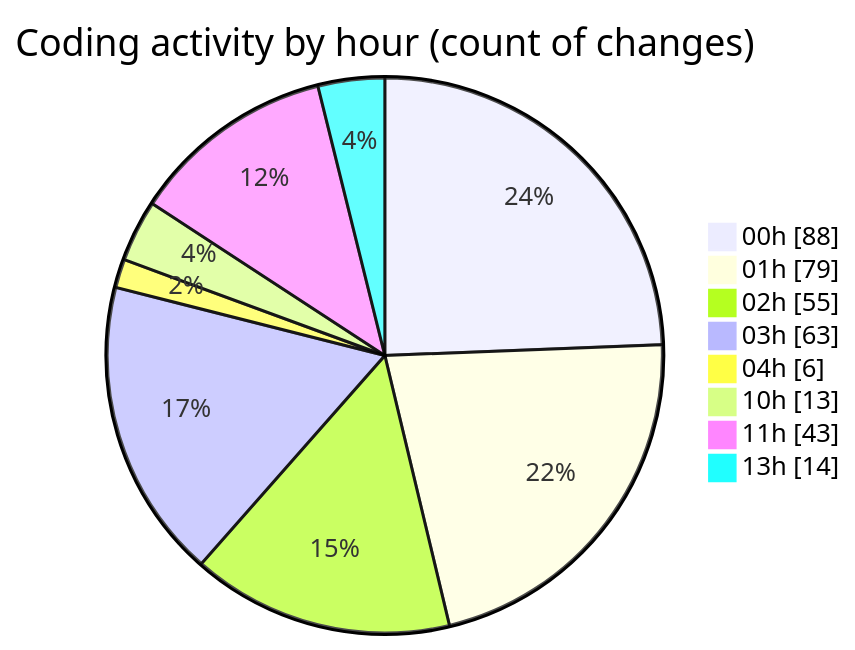
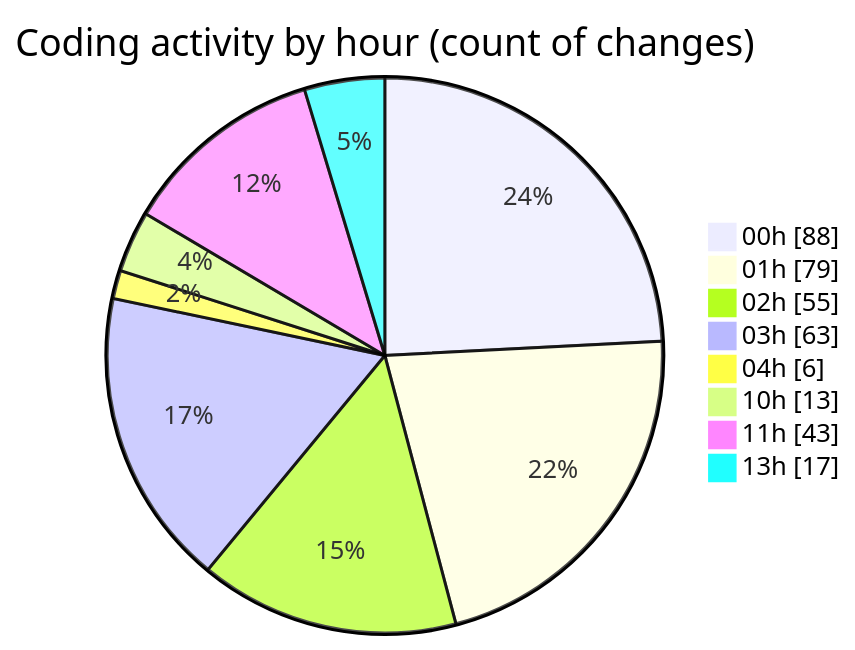
One commit to lephambinh05/code-tracking changed the second of 2 diagrams in 2025-08-16/rentotp/README.md. Above: the diagram before and after it, drawn with Mermaid. The commit also changed other lines of this file and 1 other file, not shown here.

````diff
--- a/2025-08-16/rentotp/README.md
+++ b/2025-08-16/rentotp/README.md
@@ -83,12 +84,12 @@
 ```mermaid
 pie showData
 title Coding activity by hour (count of changes)
 "00h" : 88
 "01h" : 79
 "02h" : 55
 "03h" : 63
 "04h" : 6
 "10h" : 13
 "11h" : 43
-"13h" : 14
+"13h" : 17
 ```
````
